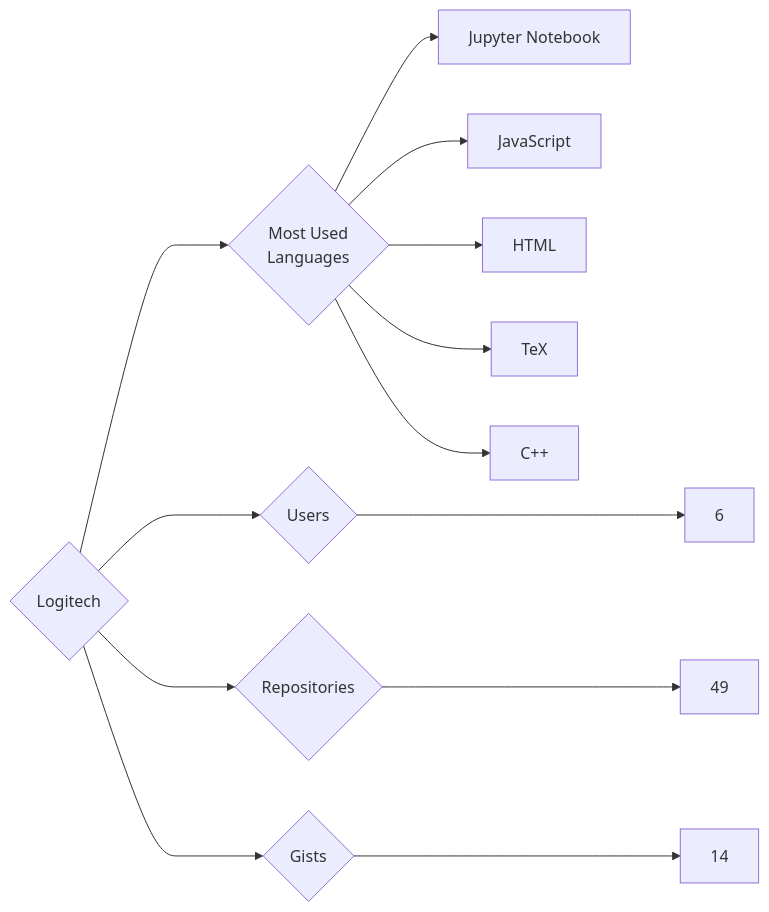
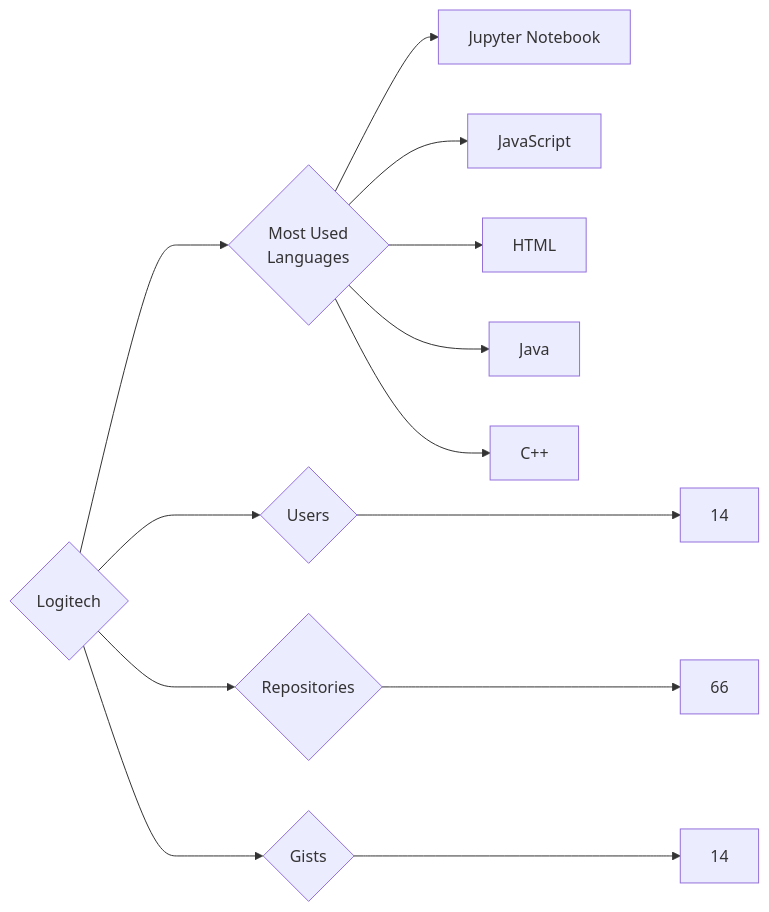
Before and after one commit to trickest/insiders: the diagram in targets/Logitech/README.md, drawn with Mermaid. The commit also changed 934 other files, not shown here.

````diff
--- a/targets/Logitech/README.md
+++ b/targets/Logitech/README.md
@@ -3,13 +3,13 @@
 ```mermaid
 graph LR
 COMPANY_NAME{Logitech}
-COMPANY_NAME ---> U{Users} ---> UN[6]
-COMPANY_NAME ---> R{Repositories} ---> RN[49]
+COMPANY_NAME ---> U{Users} ---> UN[14]
+COMPANY_NAME ---> R{Repositories} ---> RN[66]
 COMPANY_NAME ---> G{Gists} ---> GN[14]
 COMPANY_NAME ---> ML{Most Used<br>Languages}
 ML --> Jupyter_Notebook[Jupyter Notebook]
 ML --> JavaScript[JavaScript]
 ML --> HTML[HTML]
-ML --> TeX[TeX]
+ML --> Java[Java]
 ML --> C++[C++]
 ```
````
